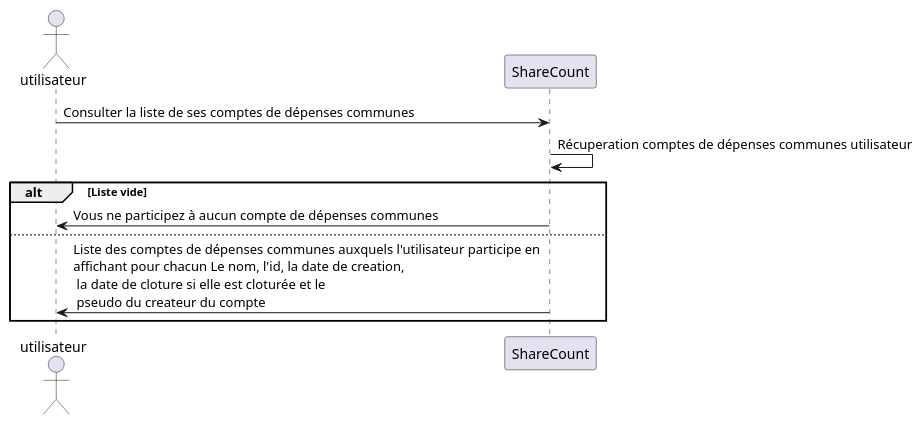
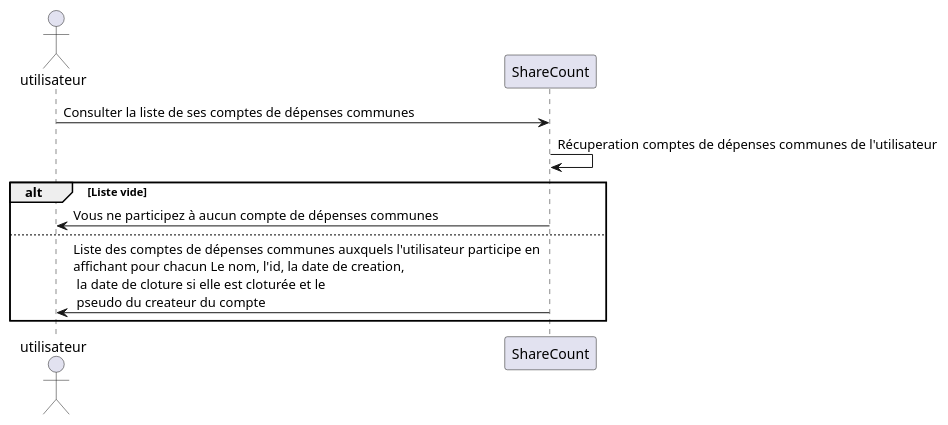
The diagram in diagrammes/specification/sequence/compte-depenses-communes/consulter-liste-compte-depenses.puml (lmtb06/sharecount), drawn with PlantUML before and after one commit. The commit also changed 6 other files, not shown here.

Commit message:
-Mise à jour du diagramme de classe de conception -Mise à jour du diagramme de séquence de conception de consulter-liste-compte-depenses

```diff
--- a/diagrammes/specification/sequence/compte-depenses-communes/consulter-liste-compte-depenses.puml
+++ b/diagrammes/specification/sequence/compte-depenses-communes/consulter-liste-compte-depenses.puml
@@ -1,16 +1,16 @@
 @startuml  Consulter la liste de ses comptes de dépenses communes
 
 actor utilisateur as user
 participant ShareCount as sc
 
 user -> sc 	: Consulter la liste de ses comptes de dépenses communes
-sc -> sc 		: Récuperation comptes de dépenses communes utilisateur
+sc -> sc 		: Récuperation comptes de dépenses communes de l'utilisateur
 
 alt Liste vide
 sc -> user : Vous ne participez à aucun compte de dépenses communes
 else
 sc -> user : Liste des comptes de dépenses communes auxquels l'utilisateur participe en \naffichant pour chacun Le nom, l'id, la date de creation,\n la date de cloture si elle est cloturée et le\n pseudo du createur du compte
 
 end
 
 @enduml
```
